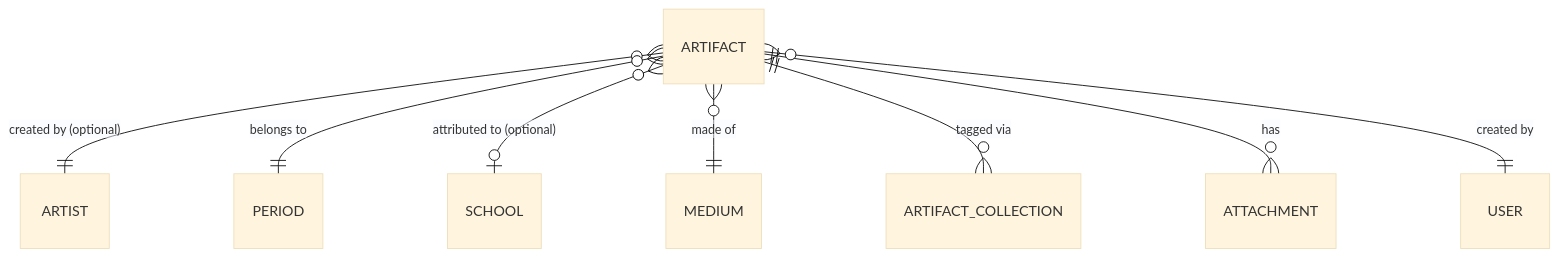
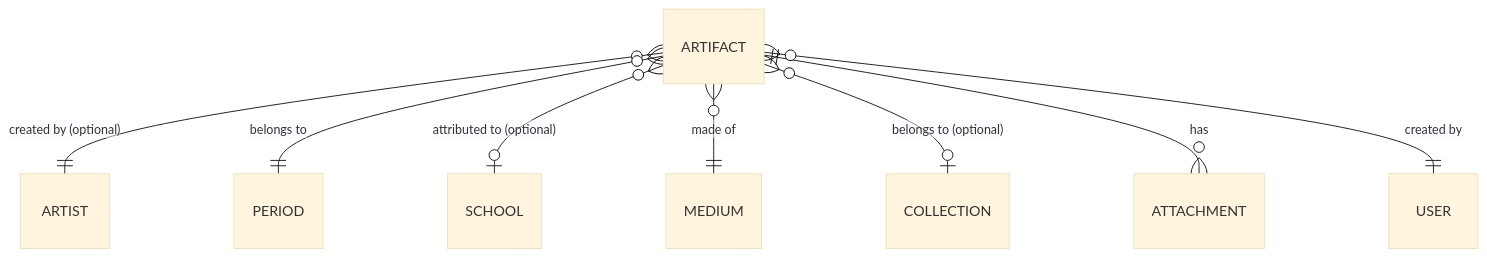
One commit to gdavydov/Artium-AI changed the fourth of 13 diagrams in Artium-Gallery_Design_Document.md. Above: the diagram before and after it, drawn with Mermaid (base theme). The commit also changed other lines of this file and 2 other files, not shown here.

````diff
--- a/Artium-Gallery_Design_Document.md
+++ b/Artium-Gallery_Design_Document.md
@@ -1102,10 +960,10 @@
 ```mermaid
 erDiagram
   ARTIFACT }o--|| ARTIST : "created by (optional)"
   ARTIFACT }o--|| PERIOD : "belongs to"
   ARTIFACT }o--o| SCHOOL : "attributed to (optional)"
   ARTIFACT }o--|| MEDIUM : "made of"
-  ARTIFACT ||--o{ ARTIFACT_COLLECTION : "tagged via"
+  ARTIFACT }o--o| COLLECTION : "belongs to (optional)"
   ARTIFACT ||--o{ ATTACHMENT : has
   ARTIFACT }o--|| USER : "created by"
 ```
````
